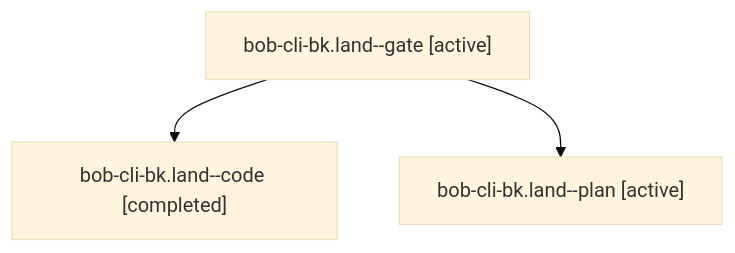
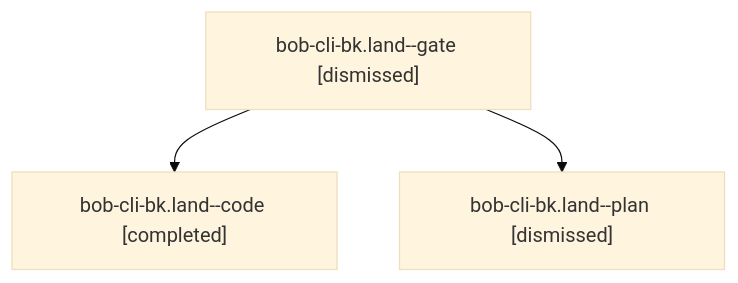
One commit to bobs-org/bob-cli--agents changed the diagram in sessions/bbugyi200.apollo.bob-cli-bk.land.md. Above: the diagram before and after it, drawn with Mermaid (base theme). The commit also changed other lines of this file and 214 other files, not shown here.

````diff
--- a/sessions/bbugyi200.apollo.bob-cli-bk.land.md
+++ b/sessions/bbugyi200.apollo.bob-cli-bk.land.md
@@ -9,8 +9,8 @@
 ```mermaid
 flowchart TD
-  n0["bob-cli-bk.land--gate [active]"]
+  n0["bob-cli-bk.land--gate [dismissed]"]
   n1["bob-cli-bk.land--code [completed]"]
   n0 --> n1
-  n2["bob-cli-bk.land--plan [active]"]
+  n2["bob-cli-bk.land--plan [dismissed]"]
   n0 --> n2
 ```
````
